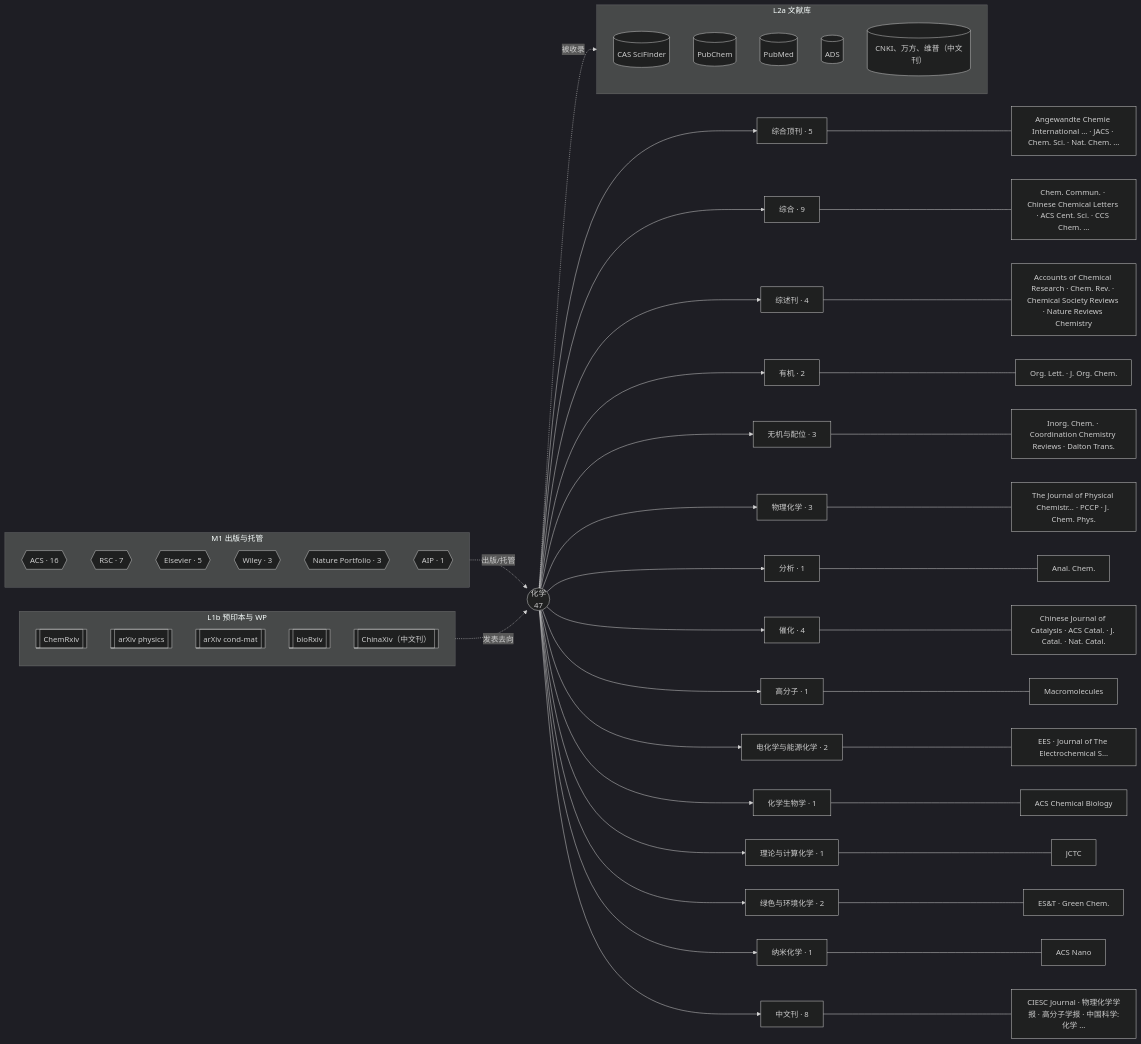
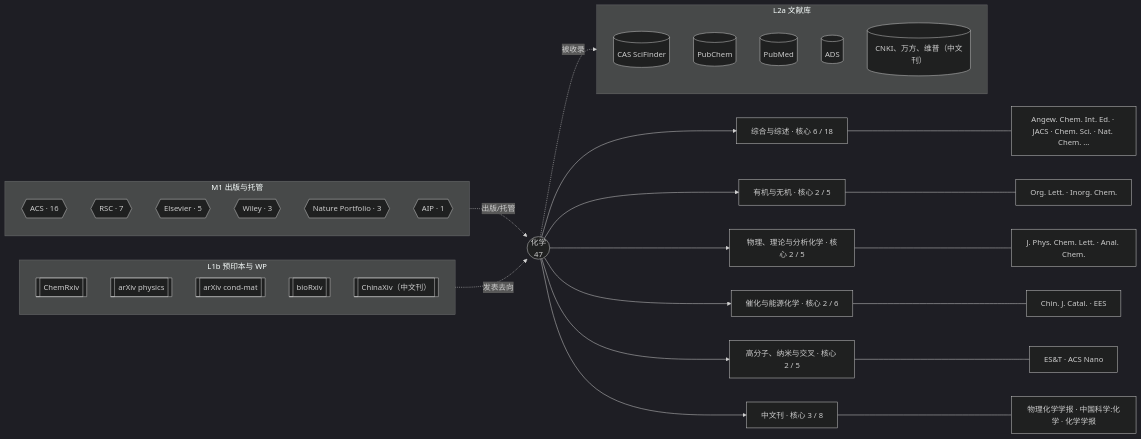
One commit to yhyfhgs/Confluo changed the diagram in docs/catalog/venues/chemistry.md. Above: the diagram before and after it, drawn with Mermaid (dark theme). The commit also changed other lines of this file and 21 other files, not shown here.

````diff
--- a/docs/catalog/venues/chemistry.md
+++ b/docs/catalog/venues/chemistry.md
@@ -14,59 +14,41 @@
 ```mermaid
 flowchart LR
   D(("化学<br/>47"))
-  D --> S0["综合顶刊 · 5"]
-  S0 --- V0["Angewandte Chemie International … · JACS · Chem. Sci. · Nat. Chem. …"]
-  D --> S1["综合 · 9"]
-  S1 --- V1["Chem. Commun. · Chinese Chemical Letters · ACS Cent. Sci. · CCS Chem. …"]
-  D --> S2["综述刊 · 4"]
-  S2 --- V2["Accounts of Chemical Research · Chem. Rev. · Chemical Society Reviews · Nature Reviews Chemistry"]
-  D --> S3["有机 · 2"]
-  S3 --- V3["Org. Lett. · J. Org. Chem."]
-  D --> S4["无机与配位 · 3"]
-  S4 --- V4["Inorg. Chem. · Coordination Chemistry Reviews · Dalton Trans."]
-  D --> S5["物理化学 · 3"]
-  S5 --- V5["The Journal of Physical Chemistr… · PCCP · J. Chem. Phys."]
-  D --> S6["分析 · 1"]
-  S6 --- V6["Anal. Chem."]
-  D --> S7["催化 · 4"]
-  S7 --- V7["Chinese Journal of Catalysis · ACS Catal. · J. Catal. · Nat. Catal."]
-  D --> S8["高分子 · 1"]
-  S8 --- V8["Macromolecules"]
-  D --> S9["电化学与能源化学 · 2"]
-  S9 --- V9["EES · Journal of The Electrochemical S…"]
-  D --> S10["化学生物学 · 1"]
-  S10 --- V10["ACS Chemical Biology"]
-  D --> S11["理论与计算化学 · 1"]
-  S11 --- V11["JCTC"]
-  D --> S12["绿色与环境化学 · 2"]
-  S12 --- V12["ES&T · Green Chem."]
-  D --> S13["纳米化学 · 1"]
-  S13 --- V13["ACS Nano"]
-  D --> SCN["中文刊 · 8"]
-  SCN --- VCN["CIESC Journal · 物理化学学报 · 高分子学报 · 中国科学:化学 …"]
+  D --> S0["综合与综述 · 核心 6 / 18"]
+  S0 --- V0["Angew. Chem. Int. Ed. · JACS · Chem. Sci. · Nat. Chem. …"]
+  D --> S1["有机与无机 · 核心 2 / 5"]
+  S1 --- V1["Org. Lett. · Inorg. Chem."]
+  D --> S2["物理、理论与分析化学 · 核心 2 / 5"]
+  S2 --- V2["J. Phys. Chem. Lett. · Anal. Chem."]
+  D --> S3["催化与能源化学 · 核心 2 / 6"]
+  S3 --- V3["Chin. J. Catal. · EES"]
+  D --> S4["高分子、纳米与交叉 · 核心 2 / 5"]
+  S4 --- V4["ES&T · ACS Nano"]
+  D --> SCN["中文刊 · 核心 3 / 8"]
+  SCN --- VCN["物理化学学报 · 中国科学:化学 · 化学学报"]
   subgraph M1["M1 出版与托管"]
     P0{{"ACS · 16"}}
     P1{{"RSC · 7"}}
     P2{{"Elsevier · 5"}}
     P3{{"Wiley · 3"}}
     P4{{"Nature Portfolio · 3"}}
     P5{{"AIP · 1"}}
   end
   M1 -. 出版/托管 .-> D
   subgraph L2A["L2a 文献库"]
     A0[("CAS SciFinder")]
     A1[("PubChem")]
     A2[("PubMed")]
     A3[("ADS")]
     A4[("CNKI、万方、维普（中文刊）")]
   end
   D -. 被收录 .-> L2A
   subgraph L1B["L1b 预印本与 WP"]
     B0[["ChemRxiv"]]
     B1[["arXiv physics"]]
     B2[["arXiv cond-mat"]]
     B3[["bioRxiv"]]
     B4[["ChinaXiv（中文刊）"]]
   end
   L1B -. 发表去向 .-> D
 ```
````
